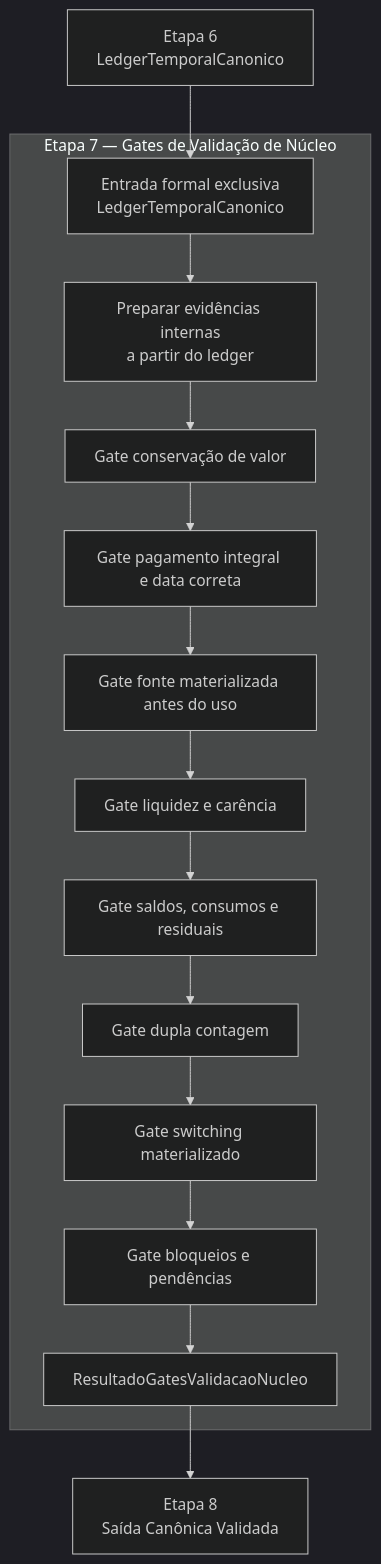
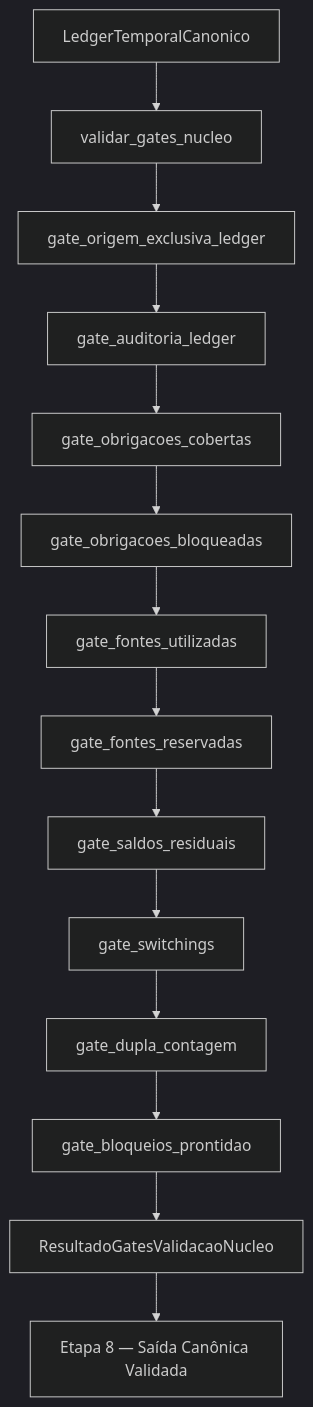
The diagram in relatorios/principais/contratos_individuais/CONTRATO_ETAPA7_GATES_VALIDACAO_NUCLEO.md (WevertonGomesCosta/payment-investment-allocation), drawn with Mermaid (dark theme) before and after one commit. The commit also changed other lines of this file and 5 other files, not shown here.

````diff
--- a/relatorios/principais/contratos_individuais/CONTRATO_ETAPA7_GATES_VALIDACAO_NUCLEO.md
+++ b/relatorios/principais/contratos_individuais/CONTRATO_ETAPA7_GATES_VALIDACAO_NUCLEO.md
@@ -344,19 +195,16 @@
 ```mermaid
 flowchart TD
-    E6[Etapa 6<br/>LedgerTemporalCanonico] --> IN[Entrada formal exclusiva<br/>LedgerTemporalCanonico]
-
-    subgraph E7[Etapa 7 — Gates de Validação de Núcleo]
-        IN --> G0[Preparar evidências internas<br/>a partir do ledger]
-        G0 --> G1[Gate conservação de valor]
-        G1 --> G2[Gate pagamento integral e data correta]
-        G2 --> G3[Gate fonte materializada antes do uso]
-        G3 --> G4[Gate liquidez e carência]
-        G4 --> G5[Gate saldos, consumos e residuais]
-        G5 --> G6[Gate dupla contagem]
-        G6 --> G7[Gate switching materializado]
-        G7 --> G8[Gate bloqueios e pendências]
-        G8 --> OUT[ResultadoGatesValidacaoNucleo]
-    end
-
-    OUT --> E8[Etapa 8<br/>Saída Canônica Validada]
+    A[LedgerTemporalCanonico] --> B[validar_gates_nucleo]
+    B --> C[gate_origem_exclusiva_ledger]
+    C --> D[gate_auditoria_ledger]
+    D --> E[gate_obrigacoes_cobertas]
+    E --> F[gate_obrigacoes_bloqueadas]
+    F --> G[gate_fontes_utilizadas]
+    G --> H[gate_fontes_reservadas]
+    H --> I[gate_saldos_residuais]
+    I --> J[gate_switchings]
+    J --> K[gate_dupla_contagem]
+    K --> L[gate_bloqueios_prontidao]
+    L --> M[ResultadoGatesValidacaoNucleo]
+    M --> N[Etapa 8 — Saída Canônica Validada]
 ```
````
